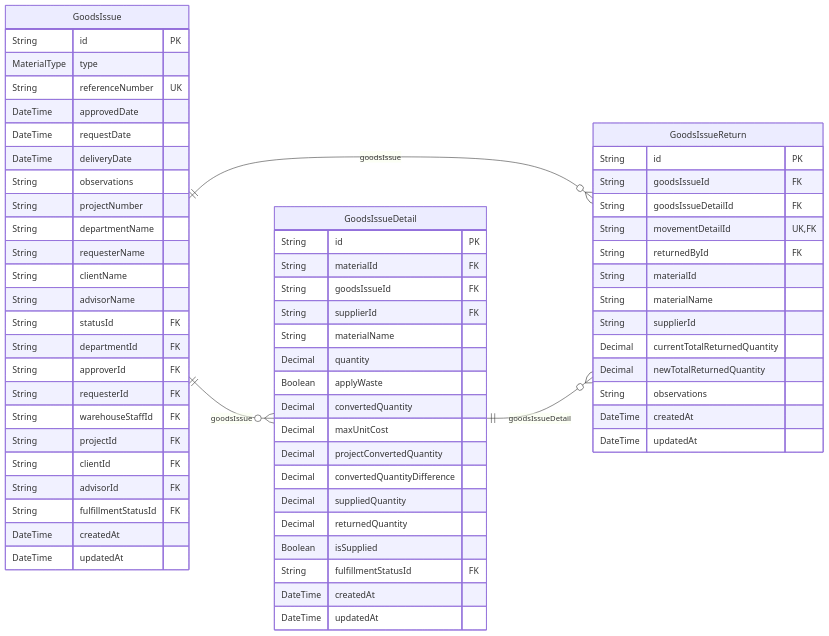
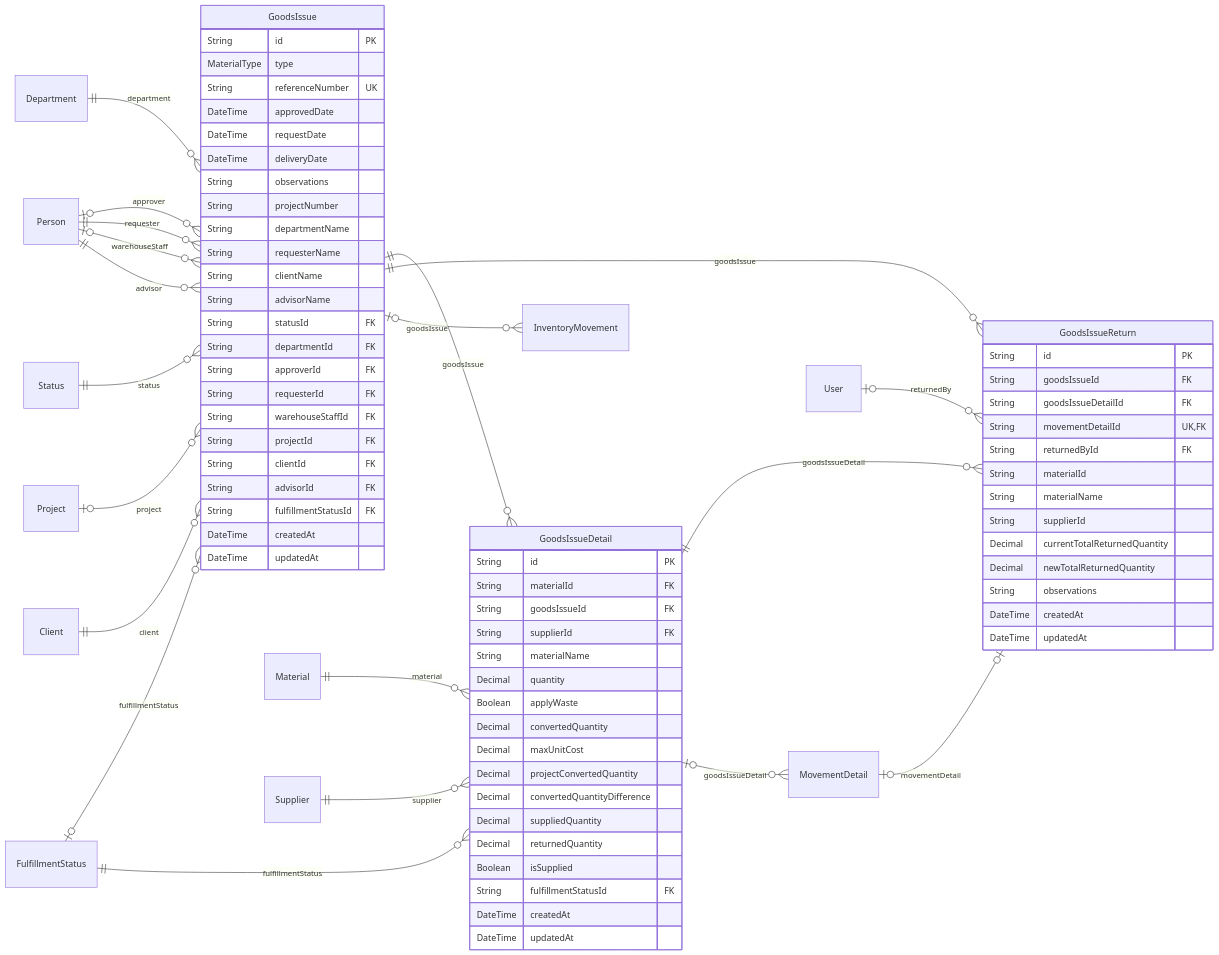
One commit to gpgsistemas01/nexus changed the ninth of 26 diagrams in docs/architecture/views/logical/data-and-persistence/generated/database-schema.md. Above: the diagram before and after it, drawn with Mermaid. The commit also changed other lines of this file and 3 other files, not shown here.

Commit message:
docs: corregir relaciones del ER y retirar capturas pendientes

````diff
--- a/docs/architecture/views/logical/data-and-persistence/generated/database-schema.md
+++ b/docs/architecture/views/logical/data-and-persistence/generated/database-schema.md
@@ -264,66 +344,82 @@
 ```mermaid
 erDiagram
     direction LR
     GoodsIssue {
         String id PK
         MaterialType type
         String referenceNumber UK
         DateTime approvedDate
         DateTime requestDate
         DateTime deliveryDate
         String observations
         String projectNumber
         String departmentName
         String requesterName
         String clientName
         String advisorName
         String statusId FK
         String departmentId FK
         String approverId FK
         String requesterId FK
         String warehouseStaffId FK
         String projectId FK
         String clientId FK
         String advisorId FK
         String fulfillmentStatusId FK
         DateTime createdAt
         DateTime updatedAt
     }
     GoodsIssueDetail {
         String id PK
         String materialId FK
         String goodsIssueId FK
         String supplierId FK
         String materialName
         Decimal quantity
         Boolean applyWaste
         Decimal convertedQuantity
         Decimal maxUnitCost
         Decimal projectConvertedQuantity
         Decimal convertedQuantityDifference
         Decimal suppliedQuantity
         Decimal returnedQuantity
         Boolean isSupplied
         String fulfillmentStatusId FK
         DateTime createdAt
         DateTime updatedAt
     }
     GoodsIssueReturn {
         String id PK
         String goodsIssueId FK
         String goodsIssueDetailId FK
         String movementDetailId UK,FK
         String returnedById FK
         String materialId
         String materialName
         String supplierId
         Decimal currentTotalReturnedQuantity
         Decimal newTotalReturnedQuantity
         String observations
         DateTime createdAt
         DateTime updatedAt
     }
+    Department ||--o{ GoodsIssue : "department"
+    Person o|--o{ GoodsIssue : "approver"
+    Person ||--o{ GoodsIssue : "requester"
+    Person o|--o{ GoodsIssue : "warehouseStaff"
+    Status ||--o{ GoodsIssue : "status"
+    Project o|--o{ GoodsIssue : "project"
+    Client ||--o{ GoodsIssue : "client"
+    Person ||--o{ GoodsIssue : "advisor"
+    FulfillmentStatus o|--o{ GoodsIssue : "fulfillmentStatus"
+    Material ||--o{ GoodsIssueDetail : "material"
+    Supplier ||--o{ GoodsIssueDetail : "supplier"
     GoodsIssue ||--o{ GoodsIssueDetail : "goodsIssue"
+    FulfillmentStatus ||--o{ GoodsIssueDetail : "fulfillmentStatus"
     GoodsIssue ||--o{ GoodsIssueReturn : "goodsIssue"
     GoodsIssueDetail ||--o{ GoodsIssueReturn : "goodsIssueDetail"
+    MovementDetail o|--o| GoodsIssueReturn : "movementDetail"
+    User o|--o{ GoodsIssueReturn : "returnedBy"
+    GoodsIssue o|--o{ InventoryMovement : "goodsIssue"
+    GoodsIssueDetail o|--o{ MovementDetail : "goodsIssueDetail"
 ```
````
